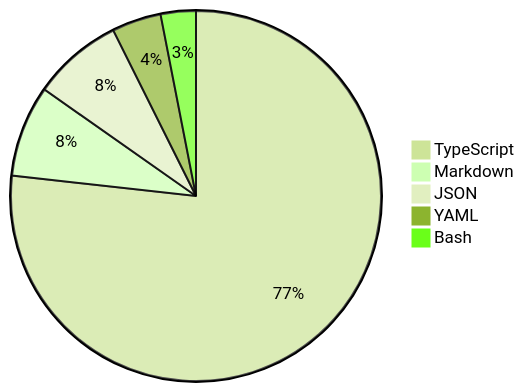
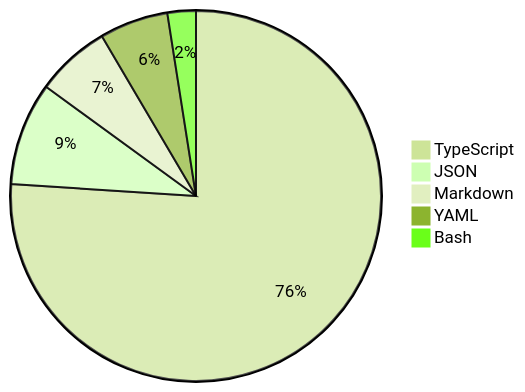
One commit to skvggor/skvggor changed the diagram in README.md. Above: the diagram before and after it, drawn with Mermaid (forest theme).

Commit message:
Updated waka-readme graph with new metrics

````diff
--- a/README.md
+++ b/README.md
@@ -39,8 +39,8 @@
 ```mermaid
 pie
-    "TypeScript" : 75.0
-    "Markdown" : 7.8
-    "JSON" : 7.7
-    "YAML" : 4.2
-    "Bash" : 3.0
+    "TypeScript" : 73.6
+    "JSON" : 8.7
+    "Markdown" : 6.3
+    "YAML" : 5.8
+    "Bash" : 2.4
 ```
````
